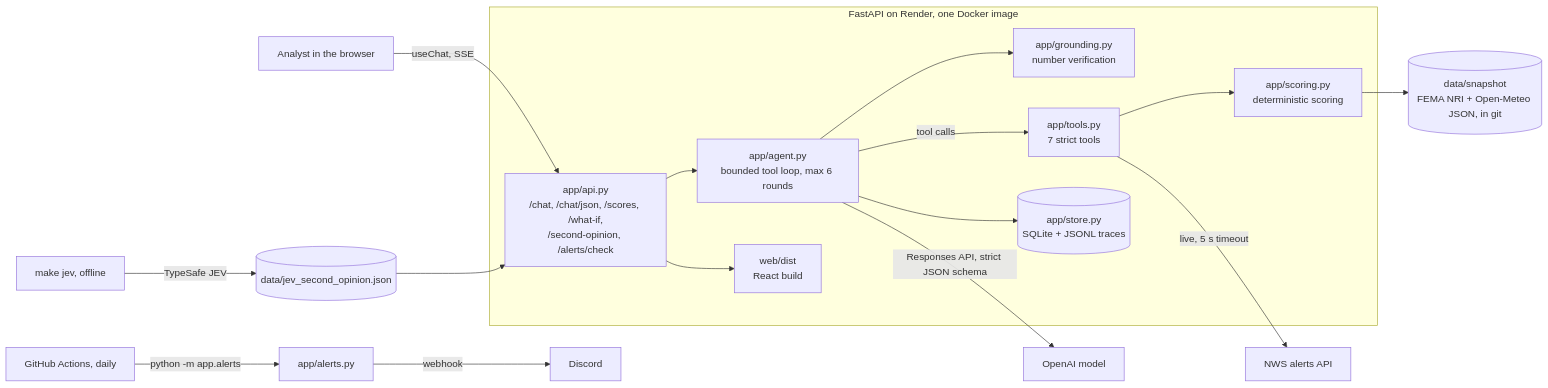
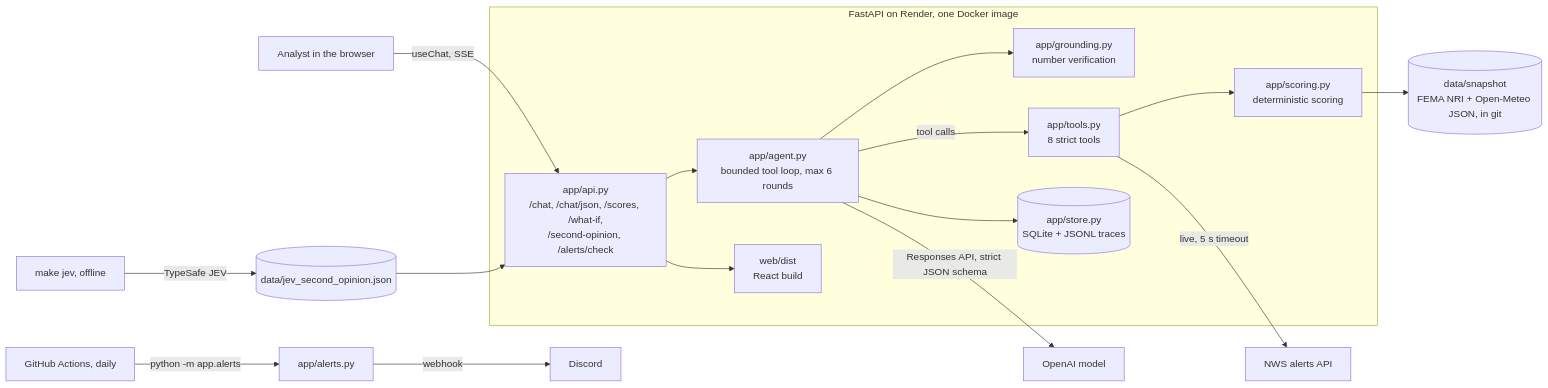
One commit to yarkoody/WeatherAgent changed the diagram in docs/ARCHITECTURE.md. Above: the diagram before and after it, drawn with Mermaid. The commit also changed other lines of this file and 3 other files, not shown here.

````diff
--- a/docs/ARCHITECTURE.md
+++ b/docs/ARCHITECTURE.md
@@ -7,24 +7,24 @@
 ```mermaid
 flowchart LR
   U[Analyst in the browser] -->|useChat, SSE| API
   subgraph Server [FastAPI on Render, one Docker image]
     API[app/api.py<br/>/chat, /chat/json, /scores, /what-if,<br/>/second-opinion, /alerts/check]
     AG[app/agent.py<br/>bounded tool loop, max 6 rounds]
     GR[app/grounding.py<br/>number verification]
-    TL[app/tools.py<br/>7 strict tools]
+    TL[app/tools.py<br/>8 strict tools]
     SC[app/scoring.py<br/>deterministic scoring]
     ST[(app/store.py<br/>SQLite + JSONL traces)]
     UI[web/dist<br/>React build]
   end
   API --> AG
   AG -->|tool calls| TL
   TL --> SC
   SC --> SNAP[(data/snapshot<br/>FEMA NRI + Open-Meteo JSON, in git)]
   TL -->|live, 5 s timeout| NWS[NWS alerts API]
   AG -->|Responses API, strict JSON schema| LLM[OpenAI model]
   AG --> GR
   AG --> ST
   API --> UI
   GHA[GitHub Actions, daily] -->|python -m app.alerts| ALR[app/alerts.py] -->|webhook| DIS[Discord]
   JEV[make jev, offline] -->|TypeSafe JEV| OPN[(data/jev_second_opinion.json)] --> API
 ```
````
